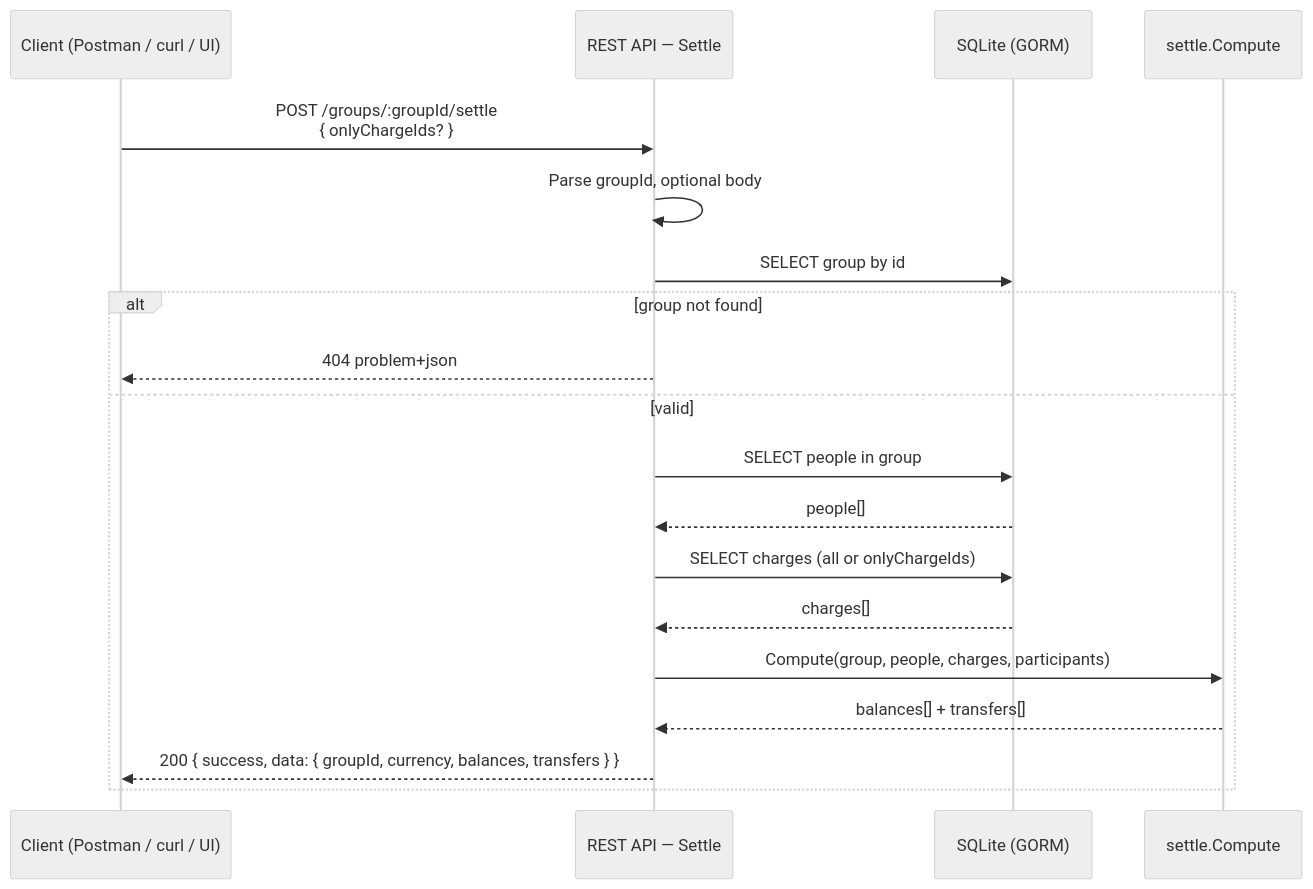
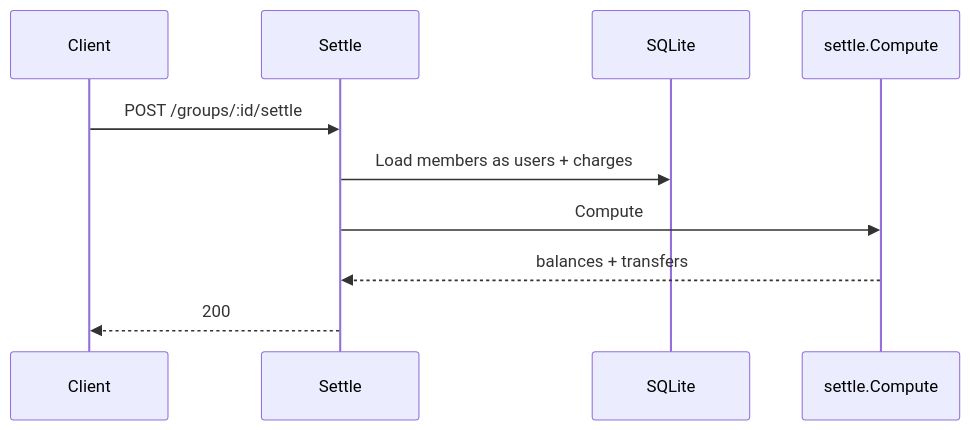
One commit to uona-cmsc501-1-summer2026-nanlin/practicum-project changed the fifth of 5 diagrams in docs/deliverable2-doc.md. Above: the diagram before and after it, drawn with Mermaid. The commit also changed other lines of this file and 48 other files, not shown here.

````diff
--- a/docs/deliverable2-doc.md
+++ b/docs/deliverable2-doc.md
@@ -197,27 +166,13 @@
 ```mermaid
----
-config:
-  look: handDrawn
-  theme: neutral
----
 sequenceDiagram
-    participant Client as Client (Postman / curl / UI)
-    participant API as REST API — Settle
-    participant DB as SQLite (GORM)
+    participant Client as Client
+    participant API as Settle
+    participant DB as SQLite
     participant Settle as settle.Compute
 
-    Client->>API: POST /groups/:groupId/settle<br/>{ onlyChargeIds? }
-    API->>API: Parse groupId, optional body
-    API->>DB: SELECT group by id
-    alt group not found
-        API-->>Client: 404 problem+json
-    else valid
-        API->>DB: SELECT people in group
-        DB-->>API: people[]
-        API->>DB: SELECT charges (all or onlyChargeIds)
-        DB-->>API: charges[]
-        API->>Settle: Compute(group, people, charges, participants)
-        Settle-->>API: balances[] + transfers[]
-        API-->>Client: 200 { success, data: { groupId, currency, balances, transfers } }
-    end
+    Client->>API: POST /groups/:id/settle
+    API->>DB: Load members as users + charges
+    API->>Settle: Compute
+    Settle-->>API: balances + transfers
+    API-->>Client: 200
 ```
````
